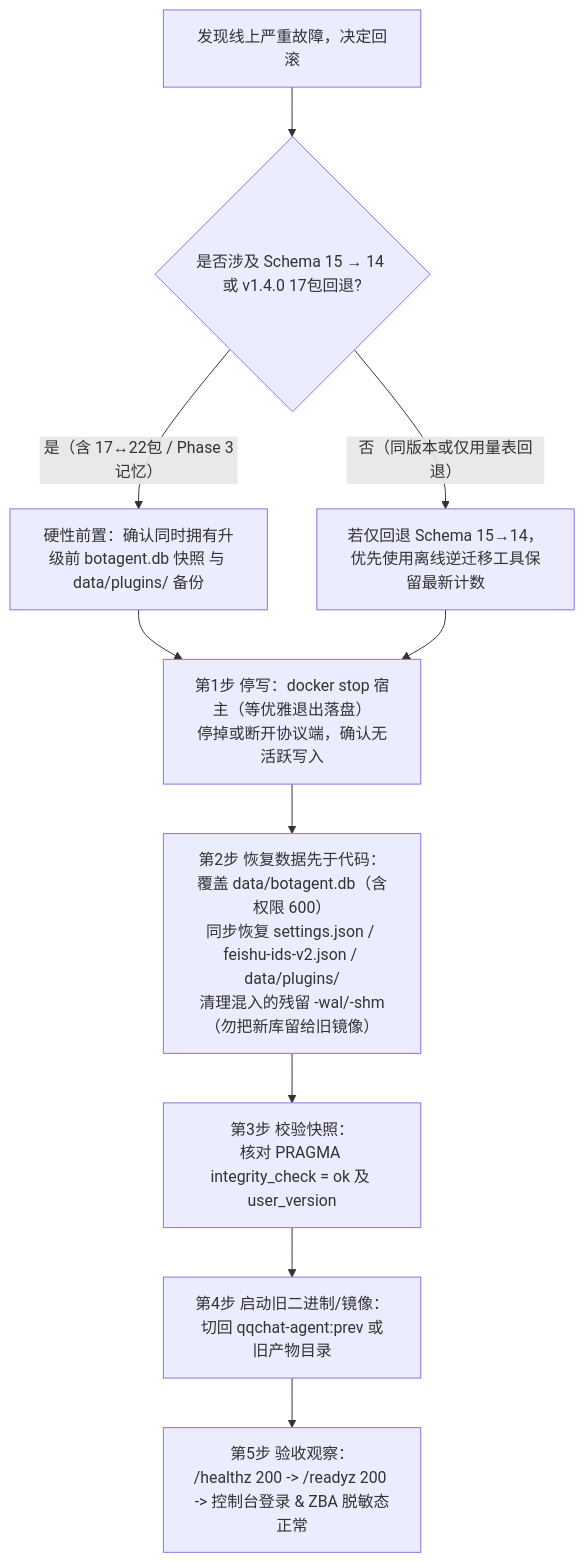
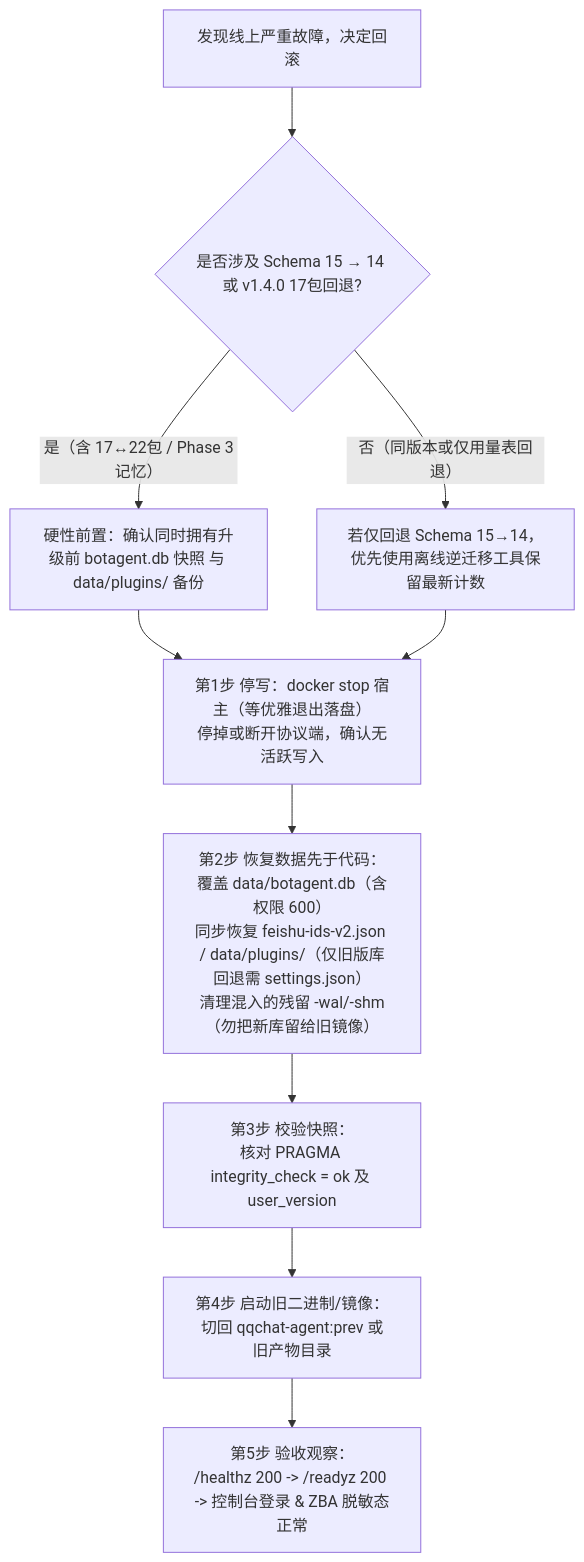
Before and after one commit to ZhaoJun233/bot-agent: the diagram in docs/operations/runbook.md, drawn with Mermaid. The commit also changed other lines of this file and 12 other files, not shown here.

````diff
--- a/docs/operations/runbook.md
+++ b/docs/operations/runbook.md
@@ -58,12 +58,12 @@
 ```mermaid
 flowchart TD
     A["发现线上严重故障，决定回滚"] --> B{"是否涉及 Schema 15 → 14 或 v1.4.0 17包回退?"}
     B -- "是（含 17↔22包 / Phase 3记忆）" --> C["硬性前置：确认同时拥有升级前 botagent.db 快照 与 data/plugins/ 备份"]
     B -- "否（同版本或仅用量表回退）" --> D["若仅回退 Schema 15→14，优先使用离线逆迁移工具保留最新计数"]
     C --> E["第1步 停写：docker stop 宿主（等优雅退出落盘）<br/>停掉或断开协议端，确认无活跃写入"]
     D --> E
-    E --> F["第2步 恢复数据先于代码：<br/>覆盖 data/botagent.db（含权限 600）<br/>同步恢复 settings.json / feishu-ids-v2.json / data/plugins/<br/>清理混入的残留 -wal/-shm（勿把新库留给旧镜像）"]
+    E --> F["第2步 恢复数据先于代码：<br/>覆盖 data/botagent.db（含权限 600）<br/>同步恢复 feishu-ids-v2.json / data/plugins/（仅旧版库回退需 settings.json）<br/>清理混入的残留 -wal/-shm（勿把新库留给旧镜像）"]
     F --> G["第3步 校验快照：<br/>核对 PRAGMA integrity_check = ok 及 user_version"]
     G --> H["第4步 启动旧二进制/镜像：<br/>切回 qqchat-agent:prev 或旧产物目录"]
     H --> I["第5步 验收观察：<br/>/healthz 200 -> /readyz 200 -> 控制台登录 & ZBA 脱敏态正常"]
 ```
````
